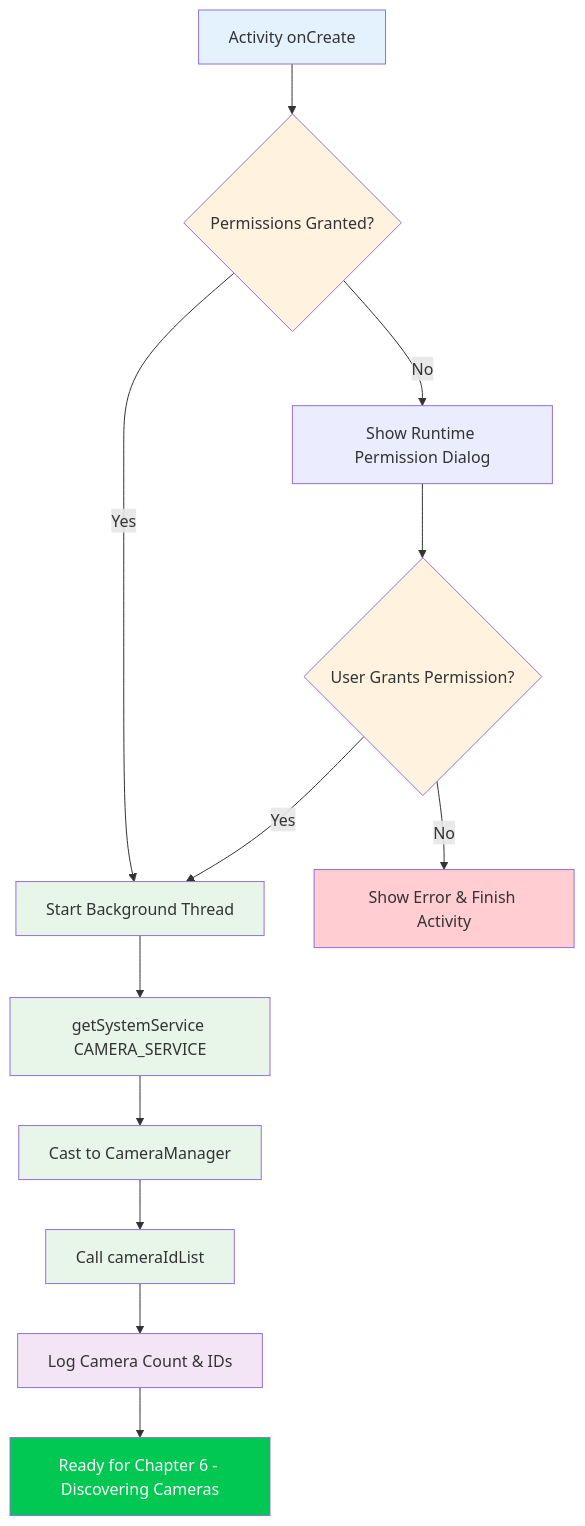
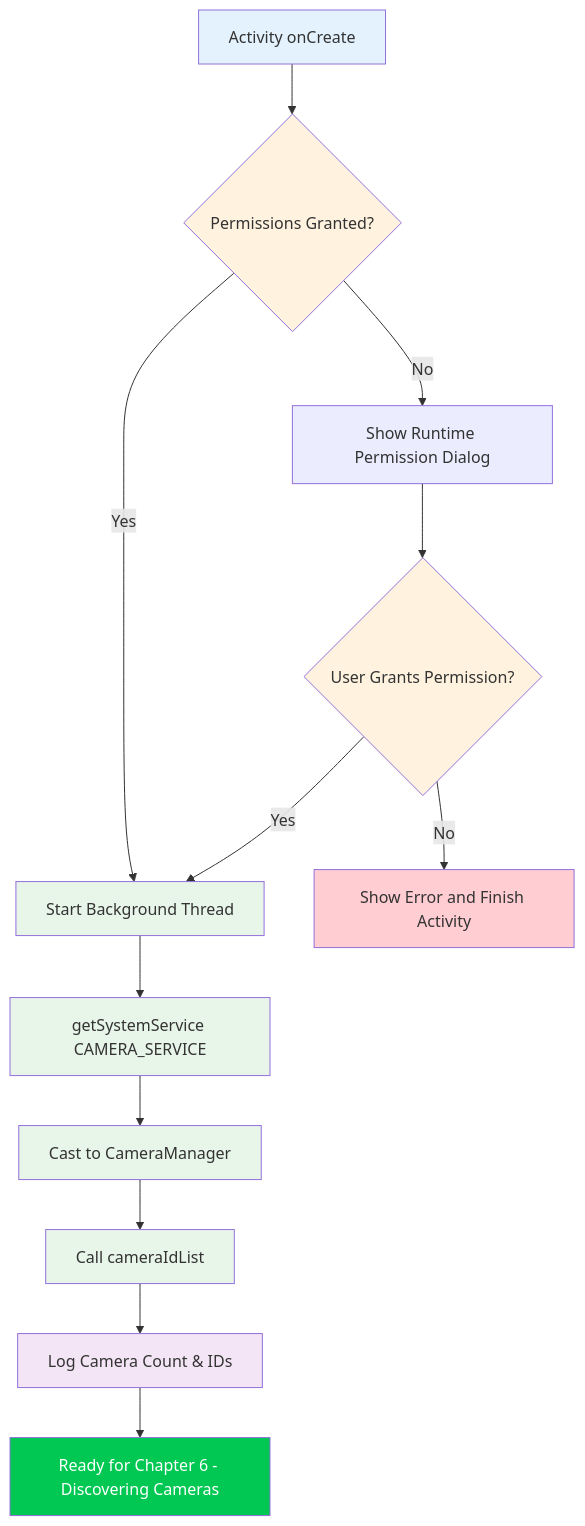
Before and after one commit to zoozooll/AndroidCameraParameters: the diagram in website/docs/camera2/creating-your-first-camera2-project.md, drawn with Mermaid. The commit also changed 77 other files, not shown here.

First line of the commit message:
docs: standardize Mermaid syntax and polish 3A pipeline translations

````diff
--- a/website/docs/camera2/creating-your-first-camera2-project.md
+++ b/website/docs/camera2/creating-your-first-camera2-project.md
@@ -340,25 +340,25 @@
 ```mermaid
 flowchart TD
     A["Activity onCreate"] --> B{Permissions Granted?}
     B -->|Yes| C[Start Background Thread]
     B -->|No| D[Show Runtime Permission Dialog]
     D --> E{User Grants Permission?}
     E -->|Yes| C
-    E -->|No| F[Show Error & Finish Activity]
+    E -->|No| F[Show Error and Finish Activity]
     C --> G[getSystemService CAMERA_SERVICE]
     G --> H[Cast to CameraManager]
     H --> I[Call cameraIdList]
     I --> J[Log Camera Count & IDs]
     J --> K[Ready for Chapter 6 - Discovering Cameras]
     
     style A fill:#e3f2fd
     style B fill:#fff3e0
     style E fill:#fff3e0
     style C fill:#e8f5e9
     style G fill:#e8f5e9
     style H fill:#e8f5e9
     style I fill:#e8f5e9
     style J fill:#f3e5f5
     style K fill:#00c853,color:#fff
     style F fill:#ffcdd2
 ```
````
